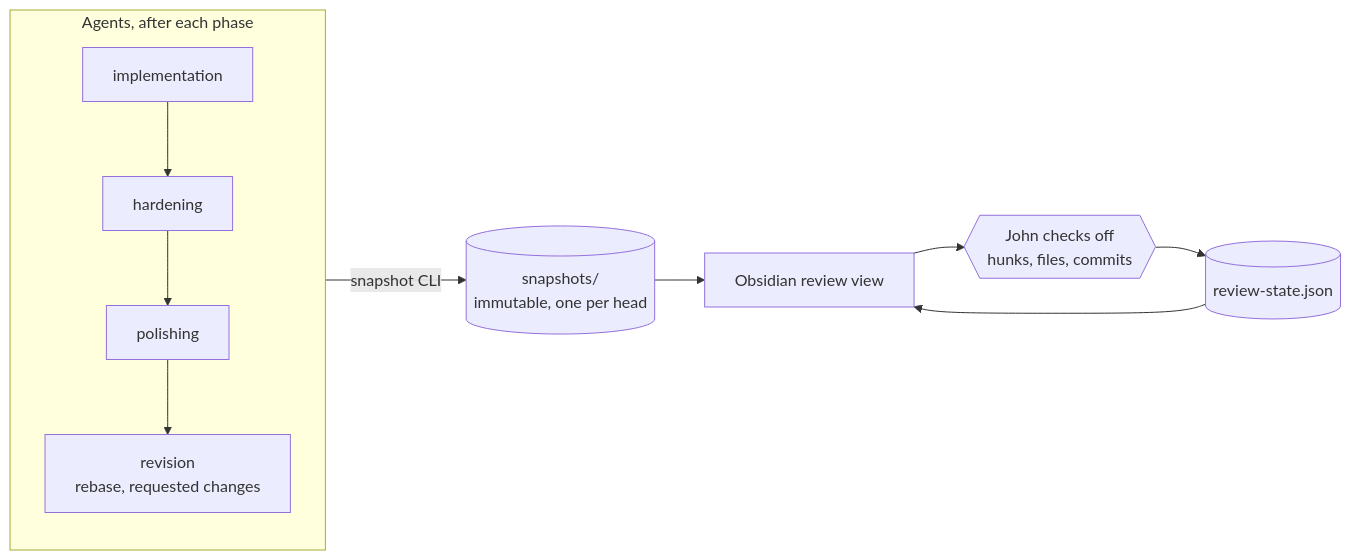
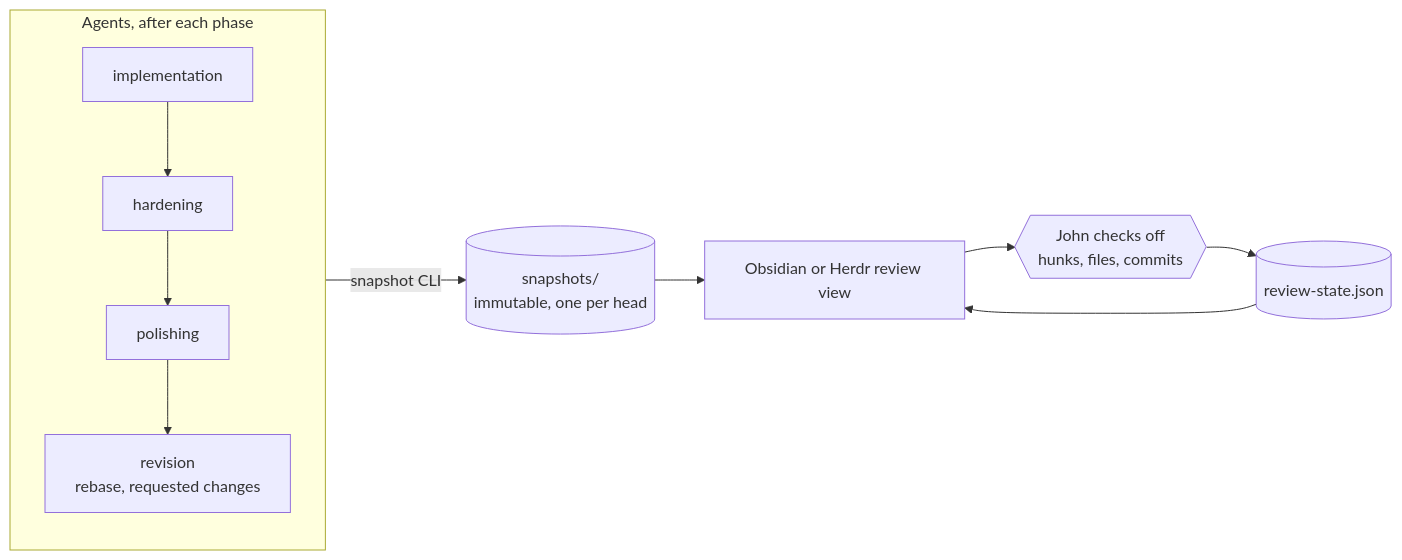
The diagram in vault/agents/factory/DIFFERENTIAL_REVIEW.md (jmchilton/galaxy-brain), drawn with Mermaid before and after one commit. The commit also changed other lines of this file and 49 other files, not shown here.

````diff
--- a/vault/agents/factory/DIFFERENTIAL_REVIEW.md
+++ b/vault/agents/factory/DIFFERENTIAL_REVIEW.md
@@ -9,12 +9,12 @@
 ```mermaid
 flowchart LR
   subgraph Agents["Agents, after each phase"]
     direction TB
     I["implementation"] --> H["hardening"] --> P["polishing"] --> R["revision<br/>rebase, requested changes"]
   end
   Agents -->|"snapshot CLI"| S[("snapshots/<br/>immutable, one per head")]
-  S --> V["Obsidian review view"]
+  S --> V["Obsidian or Herdr review view"]
   V --> J{{"John checks off<br/>hunks, files, commits"}}
   J --> RS[("review-state.json")]
   RS --> V
 ```
````
